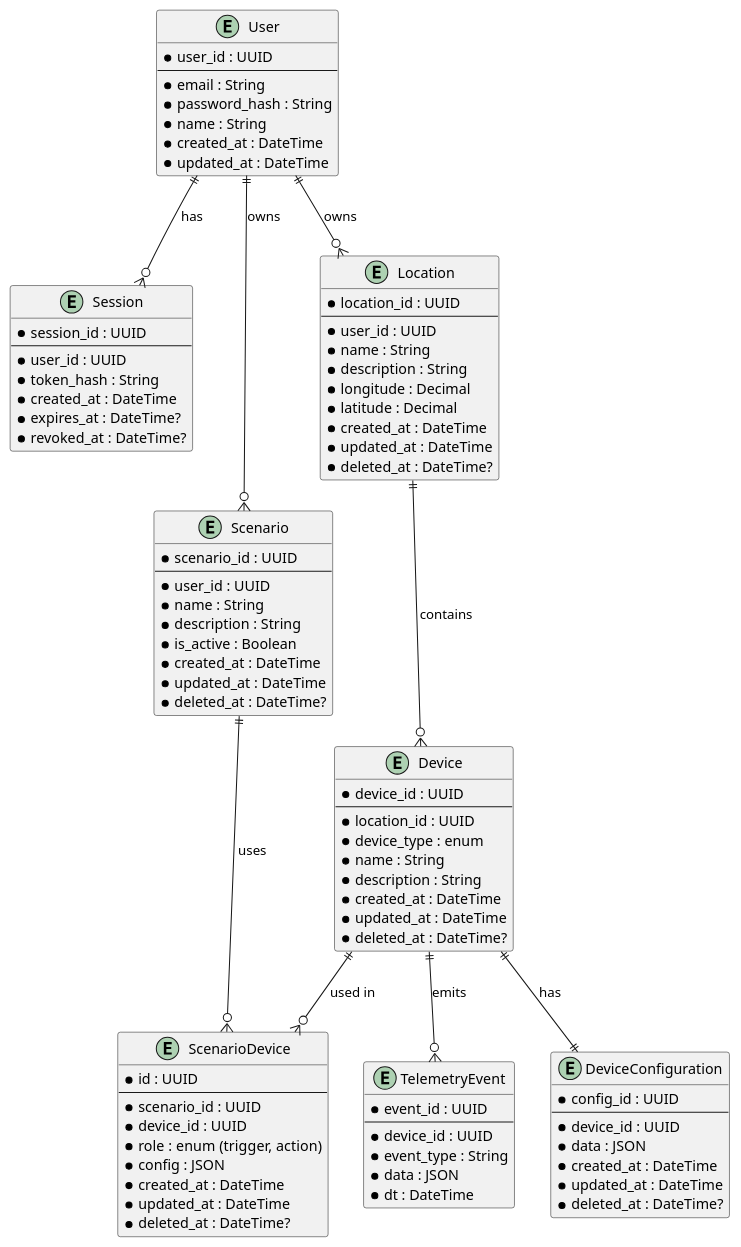
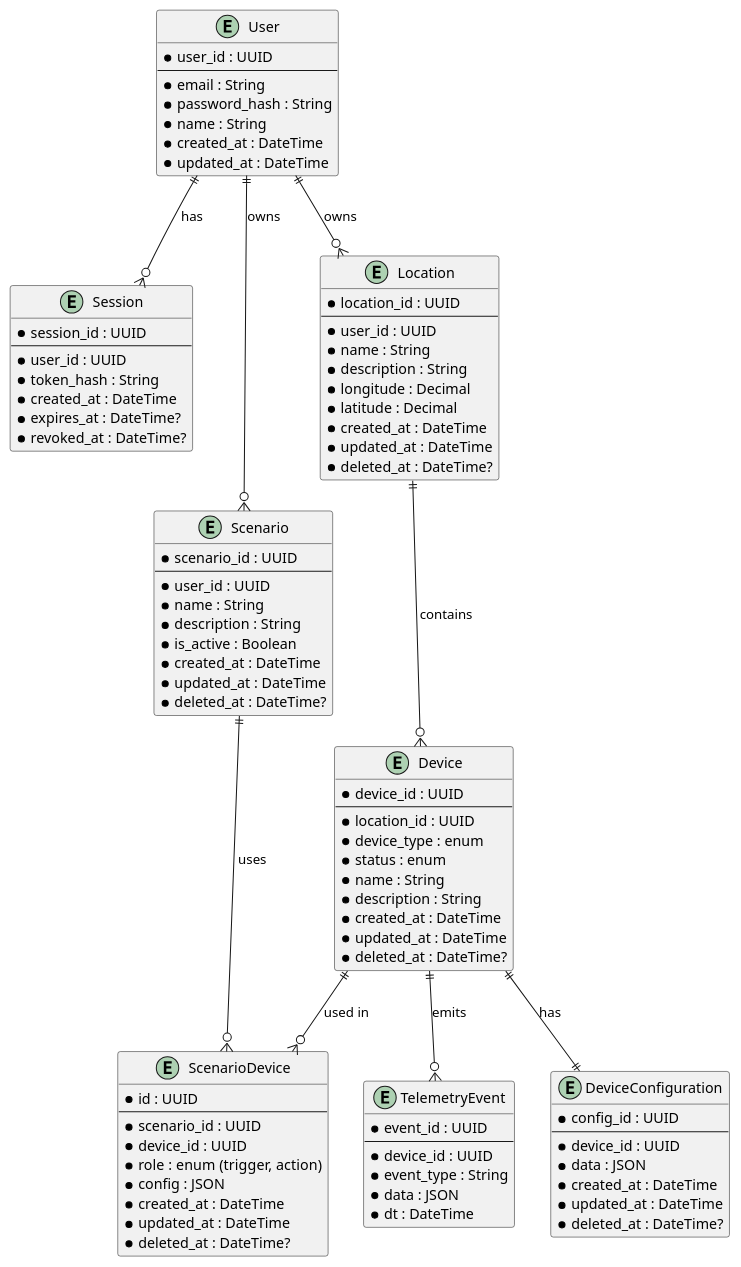
Before and after one commit to dengaleev/practicum-warmhouse: the diagram in docs/entity_relationship.puml, drawn with PlantUML.

```diff
--- a/docs/entity_relationship.puml
+++ b/docs/entity_relationship.puml
@@ -1,107 +1,108 @@
 @startuml
 
 entity "User" as User {
   * user_id : UUID
   --
   * email : String
   * password_hash : String
   * name : String
   * created_at : DateTime
   * updated_at : DateTime
 }
 
 entity "Session" as Session {
   * session_id : UUID
   --
   * user_id : UUID
   * token_hash : String
   * created_at : DateTime
   * expires_at : DateTime?
   * revoked_at : DateTime?
 }
 
 entity "Location" as Location {
   * location_id : UUID
   --
   * user_id : UUID
   * name : String
   * description : String
   * longitude : Decimal
   * latitude : Decimal
   * created_at : DateTime
   * updated_at : DateTime
   * deleted_at : DateTime?
 }
 
 entity "Device" as Device {
   * device_id : UUID
   --
   * location_id : UUID
   * device_type : enum
+  * status : enum
   * name : String
   * description : String
   * created_at : DateTime
   * updated_at : DateTime
   * deleted_at : DateTime?
 }
 
 entity "DeviceConfiguration" as DeviceConfiguration {
     * config_id : UUID
     --
     * device_id : UUID
     * data : JSON
     * created_at : DateTime
     * updated_at : DateTime
     * deleted_at : DateTime?
 }
 
 entity "Scenario" as Scenario {
     * scenario_id : UUID
     --
     * user_id : UUID
     * name : String
     * description : String
     * is_active : Boolean
     * created_at : DateTime
     * updated_at : DateTime
     * deleted_at : DateTime?
 }
 
 entity "ScenarioDevice" as ScenarioDevice {
     * id : UUID
     --
     * scenario_id : UUID
     * device_id : UUID
     * role : enum (trigger, action)
     * config : JSON
     * created_at : DateTime
     * updated_at : DateTime
     * deleted_at : DateTime?
 }
 
 entity "TelemetryEvent" as TelemetryEvent {
     * event_id : UUID
     --
     * device_id : UUID
     * event_type : String
     * data : JSON
     * dt : DateTime
 }
 
 ' User
 User ||--o{ Session : "has"
 User ||--o{ Location : "owns"
 User ||--o{ Scenario : "owns"
 
 ' Location -> Device
 Location ||--o{ Device : "contains"
 
 ' Device
 Device ||--|| DeviceConfiguration : "has"
 Device ||--o{ TelemetryEvent : "emits"
 Device ||--o{ ScenarioDevice : "used in"
 
 ' Scenario -> Device (N:M через ScenarioDevice)
 Scenario ||--o{ ScenarioDevice : "uses"
 
 @enduml
```
